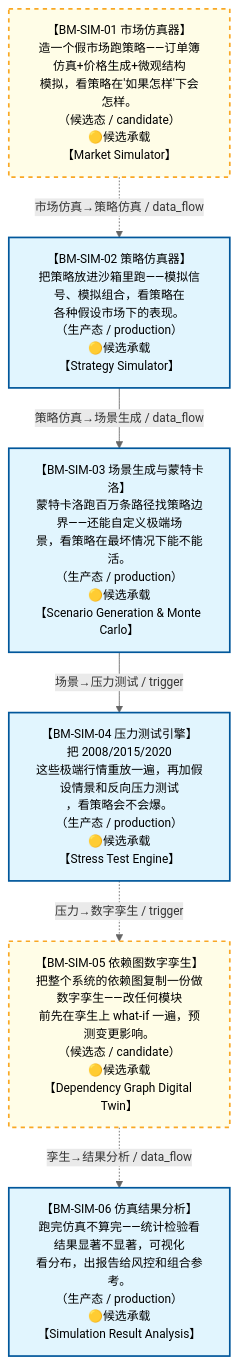
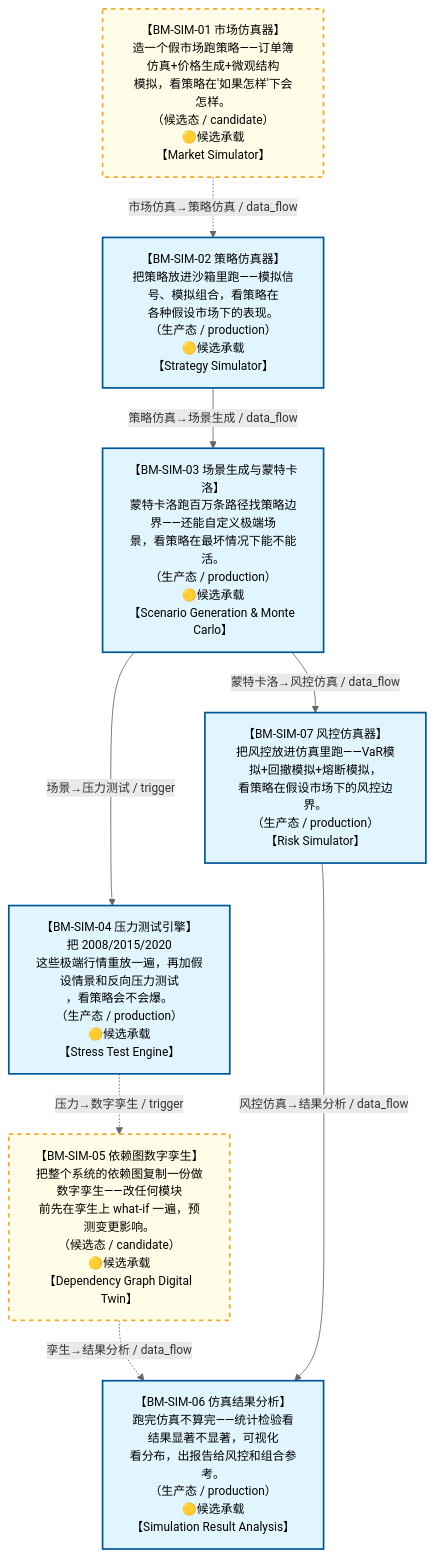
The diagram in docs/02_enterprise_architecture/07_trading_decision_architecture/battle_map/battle_map_04_simulation_validation.md (xuanFelixVan/ZephyrAlpha), drawn with Mermaid before and after one commit. The commit also changed other lines of this file and 86 other files, not shown here.

````diff
--- a/docs/02_enterprise_architecture/07_trading_decision_architecture/battle_map/battle_map_04_simulation_validation.md
+++ b/docs/02_enterprise_architecture/07_trading_decision_architecture/battle_map/battle_map_04_simulation_validation.md
@@ -38,23 +39,27 @@
 ```mermaid
 %%{init: {'theme': 'base', 'themeVariables': {'primaryColor': '#eaeaea', 'primaryTextColor': '#333333', 'primaryBorderColor': '#666666', 'lineColor': '#666666', 'secondaryColor': '#eaeaea', 'tertiaryColor': '#eaeaea', 'clusterBkg': 'transparent', 'clusterBorder': 'transparent', 'fontSize': '14px'}}}%%
 %% 仿真验证阶段图
 flowchart TD
     BM_SIM_01["【BM-SIM-01 市场仿真器】<br/>造一个假市场跑策略——订单簿仿真+价格生成+微观结构<br/>模拟，看策略在'如果怎样'下会怎样。<br/>（候选态 / candidate）<br/>🟡候选承载<br/>【Market Simulator】"]
     BM_SIM_02["【BM-SIM-02 策略仿真器】<br/>把策略放进沙箱里跑——模拟信号、模拟组合，看策略在<br/>各种假设市场下的表现。<br/>（生产态 / production）<br/>🟡候选承载<br/>【Strategy Simulator】"]
     BM_SIM_03["【BM-SIM-03 场景生成与蒙特卡洛】<br/>蒙特卡洛跑百万条路径找策略边界——还能自定义极端场<br/>景，看策略在最坏情况下能不能活。<br/>（生产态 / production）<br/>🟡候选承载<br/>【Scenario Generation &amp; Monte Carlo】"]
+    BM_SIM_07["【BM-SIM-07 风控仿真器】<br/>把风控放进仿真里跑——VaR模拟+回撤模拟+熔断模拟，<br/>看策略在假设市场下的风控边界。<br/>（生产态 / production）<br/>【Risk Simulator】"]
     BM_SIM_04["【BM-SIM-04 压力测试引擎】<br/>把 2008/2015/2020<br/>这些极端行情重放一遍，再加假设情景和反向压力测试<br/>，看策略会不会爆。<br/>（生产态 / production）<br/>🟡候选承载<br/>【Stress Test Engine】"]
     BM_SIM_05["【BM-SIM-05 依赖图数字孪生】<br/>把整个系统的依赖图复制一份做数字孪生——改任何模块<br/>前先在孪生上 what-if 一遍，预测变更影响。<br/>（候选态 / candidate）<br/>🟡候选承载<br/>【Dependency Graph Digital Twin】"]
     BM_SIM_06["【BM-SIM-06 仿真结果分析】<br/>跑完仿真不算完——统计检验看结果显著不显著，可视化<br/>看分布，出报告给风控和组合参考。<br/>（生产态 / production）<br/>🟡候选承载<br/>【Simulation Result Analysis】"]
+    BM_SIM_07 ~~~ BM_SIM_04
     BM_SIM_01 -.->|市场仿真→策略仿真 / data_flow| BM_SIM_02
     BM_SIM_02 -->|策略仿真→场景生成 / data_flow| BM_SIM_03
     BM_SIM_03 -->|场景→压力测试 / trigger| BM_SIM_04
     BM_SIM_04 -.->|压力→数字孪生 / trigger| BM_SIM_05
     BM_SIM_05 -.->|孪生→结果分析 / data_flow| BM_SIM_06
+    BM_SIM_03 -->|蒙特卡洛→风控仿真 / data_flow| BM_SIM_07
+    BM_SIM_07 -->|风控仿真→结果分析 / data_flow| BM_SIM_06
 classDef production fill:#e1f5fe,stroke:#01579b,stroke-width:2px,color:#000
 classDef design fill:#fff3e0,stroke:#e65100,stroke-width:2px,color:#000,stroke-dasharray: 5 5
 classDef deprecated fill:#ffebee,stroke:#c62828,stroke-width:2px,color:#000
 classDef missing fill:#eeeeee,stroke:#9e9e9e,stroke-width:2px,color:#000
 classDef candidate fill:#fffde7,stroke:#f9a825,stroke-width:2px,color:#000,stroke-dasharray: 5 5
-    class BM_SIM_02,BM_SIM_03,BM_SIM_04,BM_SIM_06 production
+    class BM_SIM_02,BM_SIM_03,BM_SIM_07,BM_SIM_04,BM_SIM_06 production
     class BM_SIM_01,BM_SIM_05 candidate
 ```
````
